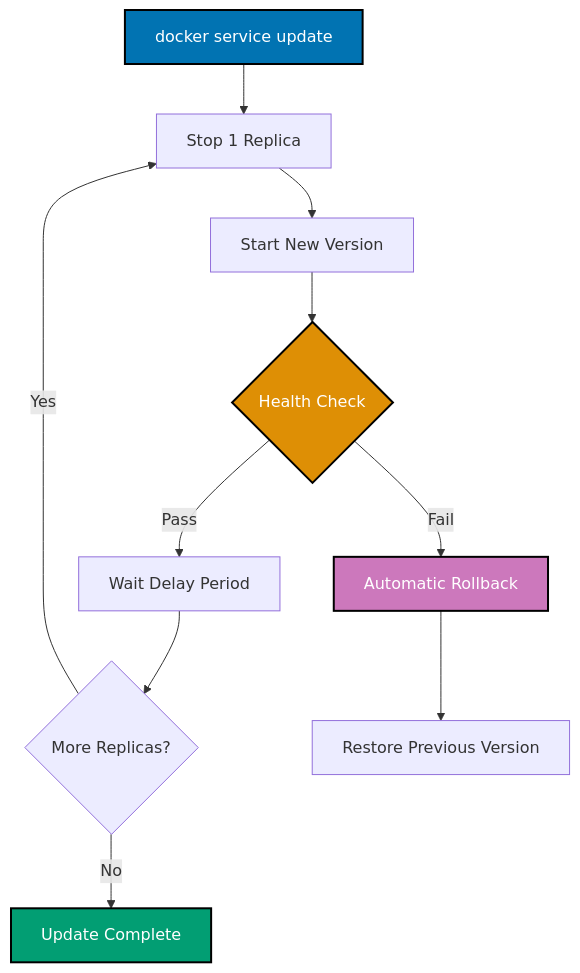
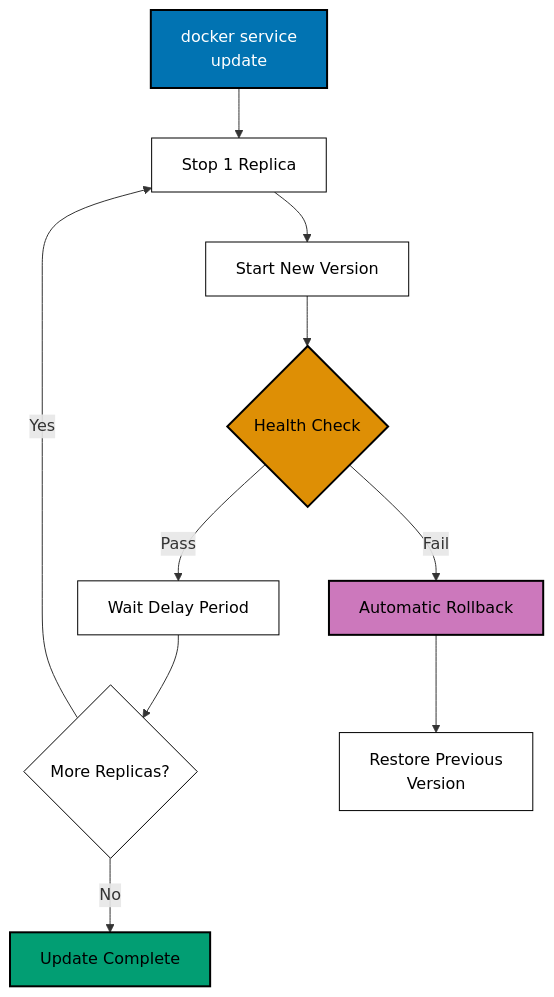
Before and after one commit to wahidyankf/ose-public: the ninth of 14 diagrams in apps/ayokoding-www/content/en/learn/legacy/software-engineering/infrastructure/tools/docker/by-example/advanced.md, drawn with Mermaid. The commit also changed other lines of this file and 131 other files, not shown here.

First line of the commit message:
fix(mermaid): bring the legacy data, infrastructure, and testing diagrams onto the accessible palette

````diff
--- a/apps/ayokoding-www/content/en/learn/legacy/software-engineering/infrastructure/tools/docker/by-example/advanced.md
+++ b/apps/ayokoding-www/content/en/learn/legacy/software-engineering/infrastructure/tools/docker/by-example/advanced.md
@@ -2508,18 +2559,25 @@
 ```mermaid
 %% Color Palette: Blue #0173B2, Orange #DE8F05, Teal #029E73, Purple #CC78BC, Brown #CA9161
 graph TD
- A["docker service update"] --> B["Stop 1 Replica"]
+ accTitle: Example 68: Docker Swarm Rolling Updates and Rollback
+ accDescr: Graph with 9 nodes and 9 connections. Nodes: docker service update, Stop 1 Replica, Start New Version, Health Check, Wait Delay Period, Automatic Rollback, More Replicas?, Update Complete, Restore Previous Version. Connections: docker service update to Stop 1 Replica, Stop 1 Replica to Start New Version, Start New Version to Health Check, Health Check to Wait Delay Period (Pass), Health Check to Automatic Rollback (Fail), Wait Delay Period to More Replicas?, More Replicas? to Stop 1 Replica (Yes), More Replicas? to Update Complete (No), Automatic Rollback to Restore Previous Version.
+ A["docker service<br/>update"] --> B["Stop 1 Replica"]
  B --> C["Start New Version"]
  C --> D{Health Check}
  D -->|Pass| E["Wait Delay Period"]
  D -->|Fail| F["Automatic Rollback"]
  E --> G{More Replicas?}
  G -->|Yes| B
  G -->|No| H["Update Complete"]
- F --> I["Restore Previous Version"]
+ F --> I["Restore Previous<br/>Version"]
 
- style A fill:#0173B2,stroke:#000000,stroke-width:2px,color:#fff
- style D fill:#DE8F05,stroke:#000000,stroke-width:2px,color:#fff
- style H fill:#029E73,stroke:#000000,stroke-width:2px,color:#fff
- style F fill:#CC78BC,stroke:#000000,stroke-width:2px,color:#fff
+ classDef pal-0173B2 fill:#0173B2,stroke:#000000,color:#FFFFFF,stroke-width:2px
+ class A pal-0173B2
+ classDef pal-DE8F05 fill:#DE8F05,stroke:#000000,color:#000000,stroke-width:2px
+ class D pal-DE8F05
+ classDef pal-029E73 fill:#029E73,stroke:#000000,color:#000000,stroke-width:2px
+ class H pal-029E73
+ classDef pal-CC78BC fill:#CC78BC,stroke:#000000,color:#000000,stroke-width:2px
+ class F pal-CC78BC
+ classDef default fill:#FFFFFF,stroke:#000000,color:#000000
 ```
````
